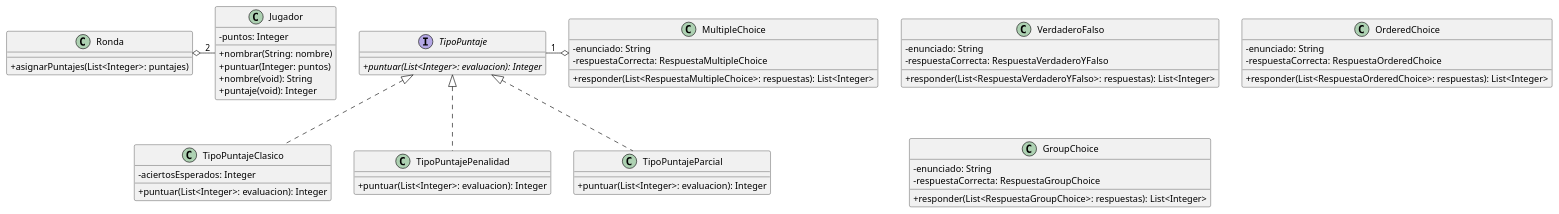
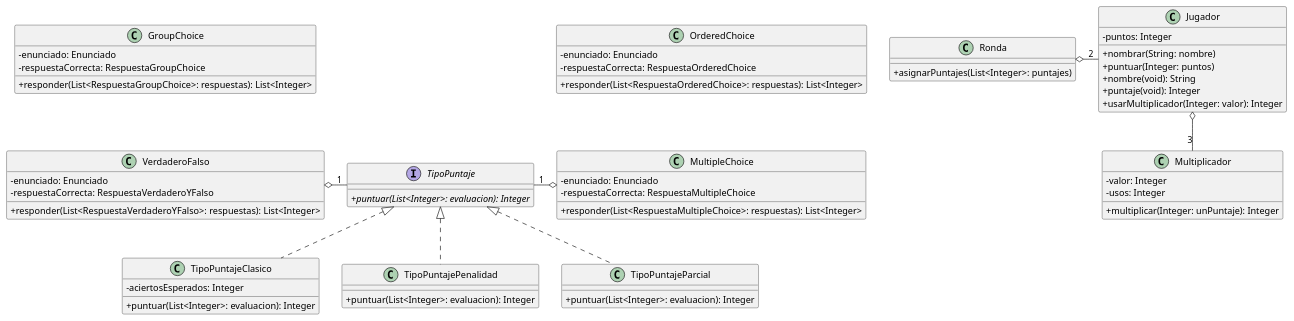
Before and after one commit to gcc-cdimatteo/Algoritmos-y-Programacion-III-75.07: the diagram in Documentacion/DC_general.puml, drawn with PlantUML. The commit also changed 4 other files, not shown here.

Commit message:
actualizo diagramas y test multiplechoice

```diff
--- a/Documentacion/DC_general.puml
+++ b/Documentacion/DC_general.puml
@@ -1,77 +1,89 @@
 @startuml
 skinparam classAttributeIconSize 0
 
 
 class MultipleChoice {
-    - enunciado: String
+    - enunciado: Enunciado
     - respuestaCorrecta: RespuestaMultipleChoice
     + responder(List<RespuestaMultipleChoice>: respuestas): List<Integer>
 }
 
 interface TipoPuntaje{
     + {abstract}puntuar(List<Integer>: evaluacion): Integer
 }
 
 class TipoPuntajeClasico{
     - aciertosEsperados: Integer
     + puntuar(List<Integer>: evaluacion): Integer
 }
 
 class TipoPuntajePenalidad{
     + puntuar(List<Integer>: evaluacion): Integer
 }
 
 class TipoPuntajeParcial{
     + puntuar(List<Integer>: evaluacion): Integer
 }
 
 class VerdaderoFalso {
-    - enunciado: String
+    - enunciado: Enunciado
     - respuestaCorrecta: RespuestaVerdaderoYFalso
     + responder(List<RespuestaVerdaderoYFalso>: respuestas): List<Integer>
 }
 
 class OrderedChoice {
-    - enunciado: String
+    - enunciado: Enunciado
     - respuestaCorrecta: RespuestaOrderedChoice
     + responder(List<RespuestaOrderedChoice>: respuestas): List<Integer>
 }
 
 class GroupChoice {
-    - enunciado: String
+    - enunciado: Enunciado
     - respuestaCorrecta: RespuestaGroupChoice
     + responder(List<RespuestaGroupChoice>: respuestas): List<Integer>
 }
 
 class Ronda{
     +asignarPuntajes(List<Integer>: puntajes)
 }
 
 class Jugador{
     - puntos: Integer
     + nombrar(String: nombre)
     + puntuar(Integer: puntos)
     + nombre(void): String
     + puntaje(void): Integer
+    + usarMultiplicador(Integer: valor): Integer
+}
+
+class Multiplicador{
+    - valor: Integer
+    - usos: Integer
+    + multiplicar(Integer: unPuntaje): Integer
 }
 
 'Ordenamiento De Cuadrados
 
 'Herencia --|> cumple la relación 'es un'
 
 'Asociacion --> un objeto guarda a otro
 
 'Agregacion --o un objeto esta compuesto por otro pero no lo necesita para vivir
 Jugador "2" -left-o Ronda
+Multiplicador "3" -up-o Jugador
 TipoPuntaje "1" -right-o MultipleChoice
+TipoPuntaje "1" -left-o VerdaderoFalso
 
 'Composicion --* un objeto es dueño de otro
 
 'Dependencia ..> un objeto utiliza a otro porque lo recibe/devuelve
 
 'Interfaces ..|> colección de declaraciones de métodos sin implemetnar
 TipoPuntaje <|.down. TipoPuntajeClasico
 TipoPuntaje <|.down. TipoPuntajePenalidad
 TipoPuntaje <|.down. TipoPuntajeParcial
 
+MultipleChoice -up[hidden]-> OrderedChoice
+VerdaderoFalso -up[hidden]-> GroupChoice
+
 @enduml
```
